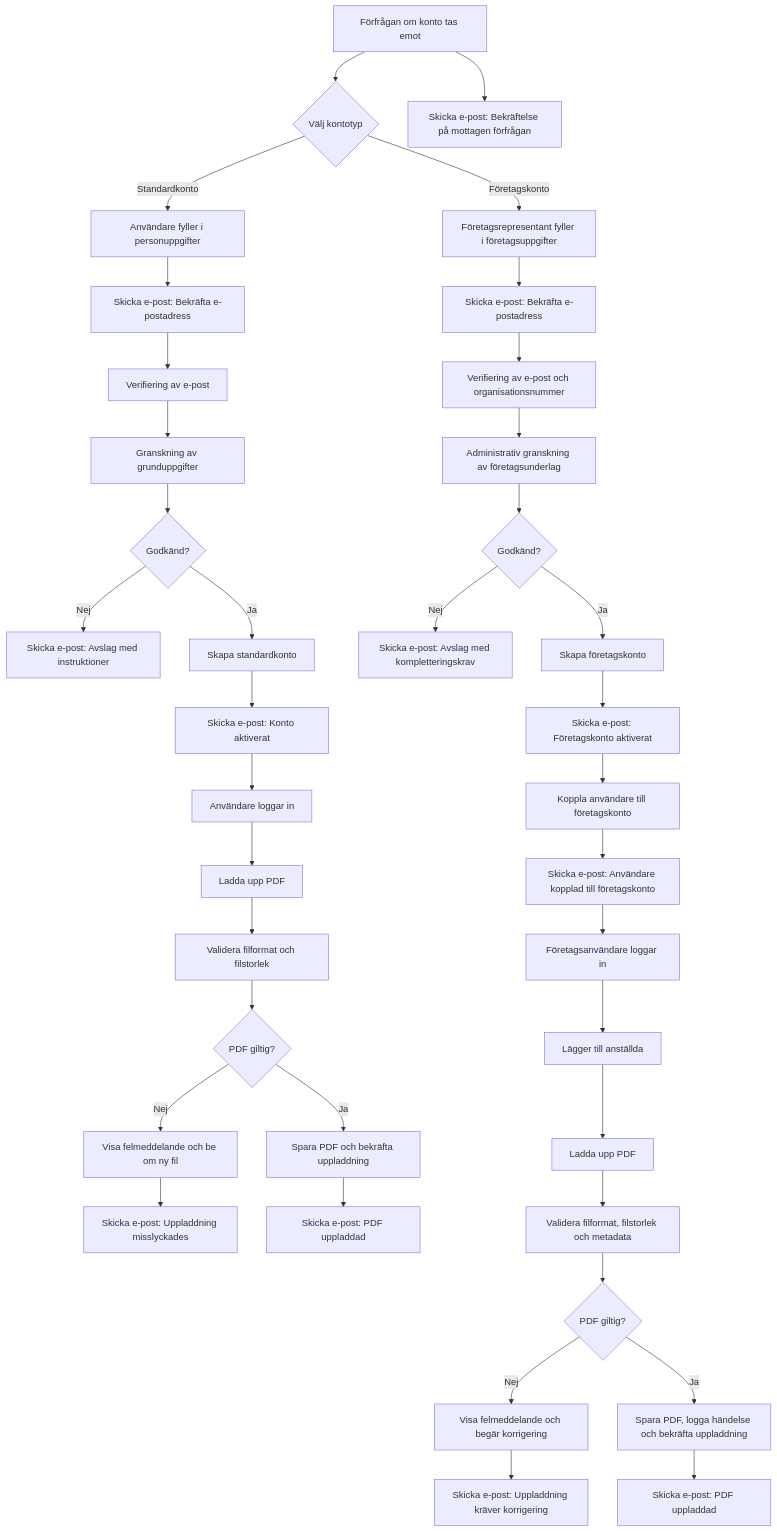
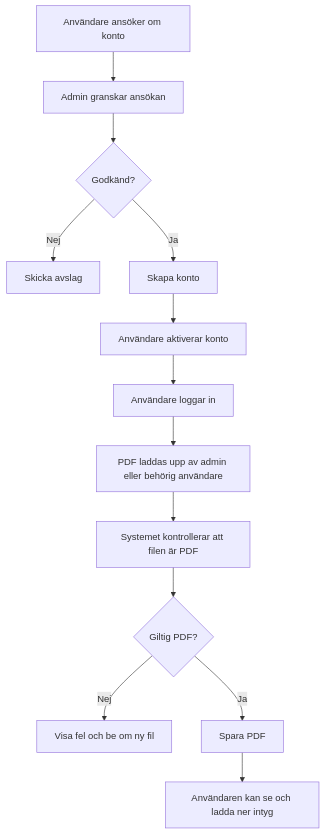
Before and after one commit to Mr-cool08/JK-utbildnings-intyg: the diagram in ACCOUNT_REQUEST_TO_PDF_FLOW.md, drawn with Mermaid. The commit also changed other lines of this file and 13 other files, not shown here.

````diff
--- a/ACCOUNT_REQUEST_TO_PDF_FLOW.md
+++ b/ACCOUNT_REQUEST_TO_PDF_FLOW.md
@@ -5,42 +3,15 @@
 ```mermaid
 flowchart TD
-    A[Förfrågan om konto tas emot] --> B{Välj kontotyp}
-    A --> A1[Skicka e-post: Bekräftelse på mottagen förfrågan]
-
-    B -->|Standardkonto| C[Användare fyller i personuppgifter]
-    C --> C1[Skicka e-post: Bekräfta e-postadress]
-    C1 --> D[Verifiering av e-post]
-    D --> E[Granskning av grunduppgifter]
-    E --> F{Godkänd?}
-    F -->|Nej| G[Skicka e-post: Avslag med instruktioner]
-    F -->|Ja| H[Skapa standardkonto]
-    H --> H1[Skicka e-post: Konto aktiverat]
-    H1 --> I[Användare loggar in]
-    I --> J[Ladda upp PDF]
-    J --> K[Validera filformat och filstorlek]
-    K --> L{PDF giltig?}
-    L -->|Nej| M[Visa felmeddelande och be om ny fil]
-    M --> M1[Skicka e-post: Uppladdning misslyckades]
-    L -->|Ja| N[Spara PDF och bekräfta uppladdning]
-    N --> N1[Skicka e-post: PDF uppladdad]
-
-    B -->|Företagskonto| O[Företagsrepresentant fyller i företagsuppgifter]
-    O --> O1[Skicka e-post: Bekräfta e-postadress]
-    O1 --> P[Verifiering av e-post och organisationsnummer]
-    P --> Q[Administrativ granskning av företagsunderlag]
-    Q --> R{Godkänd?}
-    R -->|Nej| S[Skicka e-post: Avslag med kompletteringskrav]
-    R -->|Ja| T[Skapa företagskonto]
-    T --> T1[Skicka e-post: Företagskonto aktiverat]
-    T1 --> U[Koppla användare till företagskonto]
-    U --> U1[Skicka e-post: Användare kopplad till företagskonto]
-    U1 --> V[Företagsanvändare loggar in]
-    V --> W[Lägger till anställda]
-    W --> X[Ladda upp PDF]
-    X --> X1[Validera filformat, filstorlek och metadata]
-    X1 --> Y{PDF giltig?}
-    Y -->|Nej| Z[Visa felmeddelande och begär korrigering]
-    Z --> Z1[Skicka e-post: Uppladdning kräver korrigering]
-    Y -->|Ja| AA[Spara PDF, logga händelse och bekräfta uppladdning]
-    AA --> AA1[Skicka e-post: PDF uppladdad]
+    A[Användare ansöker om konto] --> B[Admin granskar ansökan]
+    B --> C{Godkänd?}
+    C -->|Nej| D[Skicka avslag]
+    C -->|Ja| E[Skapa konto]
+    E --> F[Användare aktiverar konto]
+    F --> G[Användare loggar in]
+    G --> H[PDF laddas upp av admin eller behörig användare]
+    H --> I[Systemet kontrollerar att filen är PDF]
+    I --> J{Giltig PDF?}
+    J -->|Nej| K[Visa fel och be om ny fil]
+    J -->|Ja| L[Spara PDF]
+    L --> M[Användaren kan se och ladda ner intyg]
 ```
````
